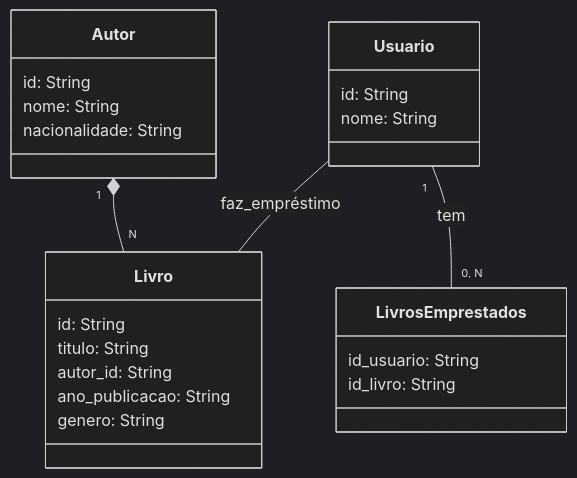
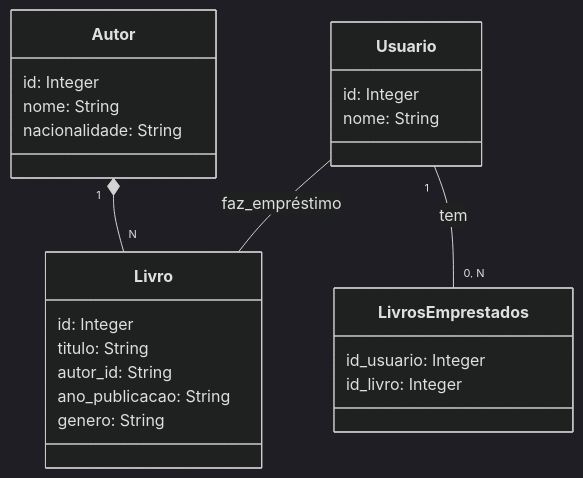
One commit to rafael2051/Controle-de-Fluxo---Desafio changed the diagram in santander-dev-week-2023/README.MD. Above: the diagram before and after it, drawn with Mermaid (dark theme).

````diff
--- a/santander-dev-week-2023/README.MD
+++ b/santander-dev-week-2023/README.MD
@@ -6,31 +6,31 @@
 ```mermaid
 classDiagram
     class Livro {
-        id: String
+        id: Integer
         titulo: String
         autor_id: String
         ano_publicacao: String
         genero: String
     }
 
     class Autor {
-        id: String
+        id: Integer
         nome: String
         nacionalidade: String
     }
 
     class Usuario {
-        id: String
+        id: Integer
         nome: String
     }
 
     class LivrosEmprestados {
-        id_usuario: String
-        id_livro: String
+        id_usuario: Integer
+        id_livro: Integer
     }
 
     Autor "1" *-- "N" Livro
     Usuario "1" -- "0, N" LivrosEmprestados : tem
     Usuario -- Livro : faz_empréstimo
 
 ```
````
